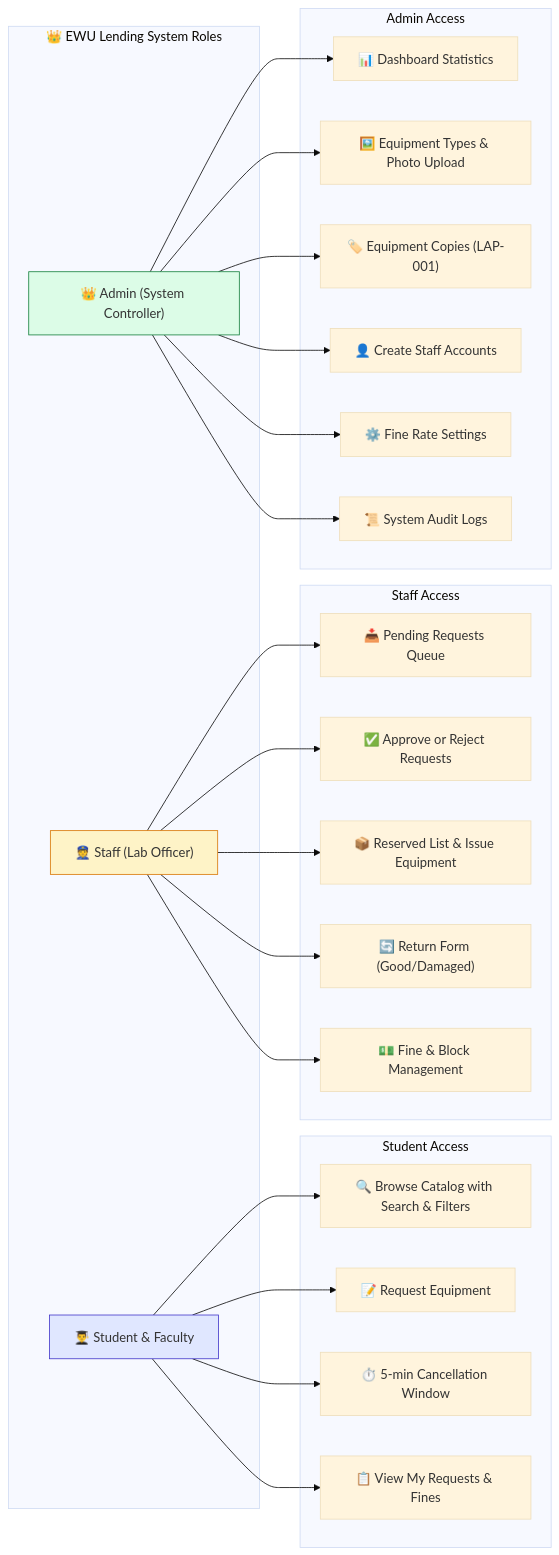
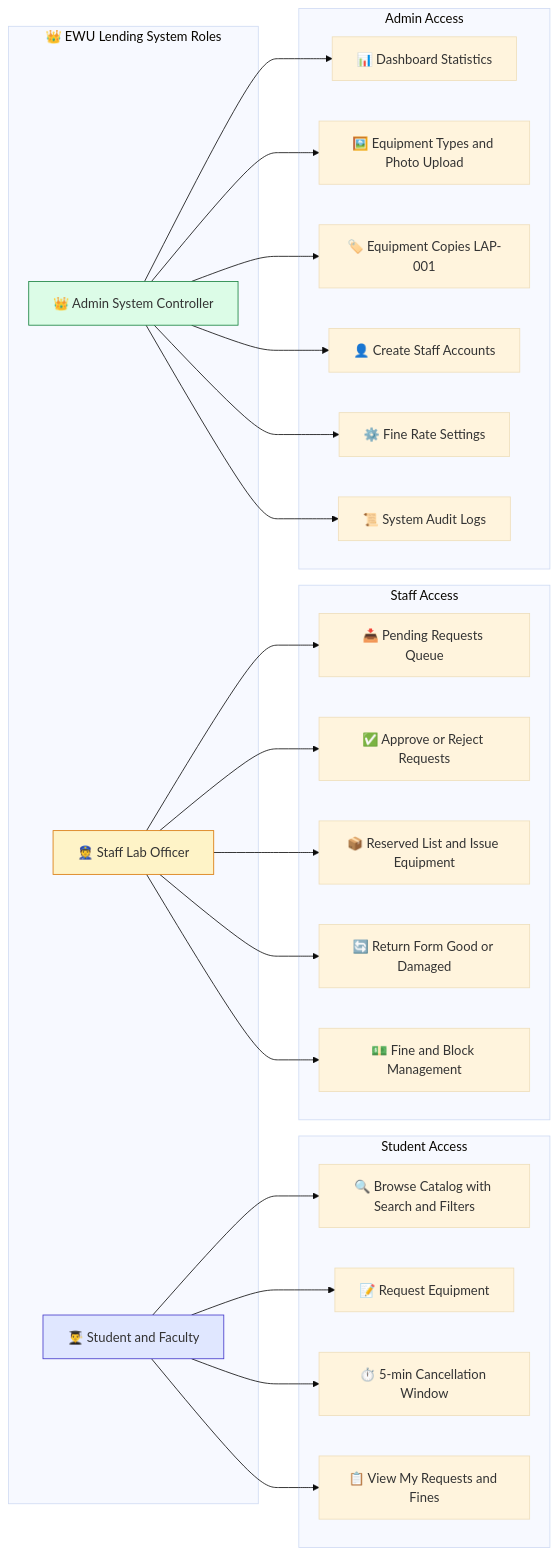
Before and after one commit to CodeWithPritom/EWUELS-Project: the fifth of 5 diagrams in PROJECT_GUIDE_BN.md, drawn with Mermaid (base theme). The commit also changed other lines of this file, not shown here.

````diff
--- a/PROJECT_GUIDE_BN.md
+++ b/PROJECT_GUIDE_BN.md
@@ -149,51 +149,51 @@
 ```mermaid
 flowchart LR
     subgraph Roles ["👑 EWU Lending System Roles"]
-        StudentRole["👨‍🎓 Student & Faculty"]
-        StaffRole["👮 Staff (Lab Officer)"]
-        AdminRole["👑 Admin (System Controller)"]
+        StudentRole["👨‍🎓 Student and Faculty"]
+        StaffRole["👮 Staff Lab Officer"]
+        AdminRole["👑 Admin System Controller"]
     end
 
     subgraph StudentFeatures ["Student Access"]
-        SF1["🔍 Browse Catalog with Search & Filters"]
+        SF1["🔍 Browse Catalog with Search and Filters"]
         SF2["📝 Request Equipment"]
         SF3["⏱️ 5-min Cancellation Window"]
-        SF4["📋 View My Requests & Fines"]
+        SF4["📋 View My Requests and Fines"]
         StudentRole --> SF1
         StudentRole --> SF2
         StudentRole --> SF3
         StudentRole --> SF4
     end
 
     subgraph StaffFeatures ["Staff Access"]
         ST1["📥 Pending Requests Queue"]
         ST2["✅ Approve or Reject Requests"]
-        ST3["📦 Reserved List & Issue Equipment"]
-        ST4["🔄 Return Form (Good/Damaged)"]
-        ST5["💵 Fine & Block Management"]
+        ST3["📦 Reserved List and Issue Equipment"]
+        ST4["🔄 Return Form Good or Damaged"]
+        ST5["💵 Fine and Block Management"]
         StaffRole --> ST1
         StaffRole --> ST2
         StaffRole --> ST3
         StaffRole --> ST4
         StaffRole --> ST5
     end
 
     subgraph AdminFeatures ["Admin Access"]
         AD1["📊 Dashboard Statistics"]
-        AD2["🖼️ Equipment Types & Photo Upload"]
-        AD3["🏷️ Equipment Copies (LAP-001)"]
+        AD2["🖼️ Equipment Types and Photo Upload"]
+        AD3["🏷️ Equipment Copies LAP-001"]
         AD4["👤 Create Staff Accounts"]
         AD5["⚙️ Fine Rate Settings"]
         AD6["📜 System Audit Logs"]
         AdminRole --> AD1
         AdminRole --> AD2
         AdminRole --> AD3
         AdminRole --> AD4
         AdminRole --> AD5
         AdminRole --> AD6
     end
 
     style StudentRole fill:#e0e7ff,stroke:#4338ca
     style StaffRole fill:#fef3c7,stroke:#d97706
     style AdminRole fill:#dcfce7,stroke:#15803d
 ```
````
